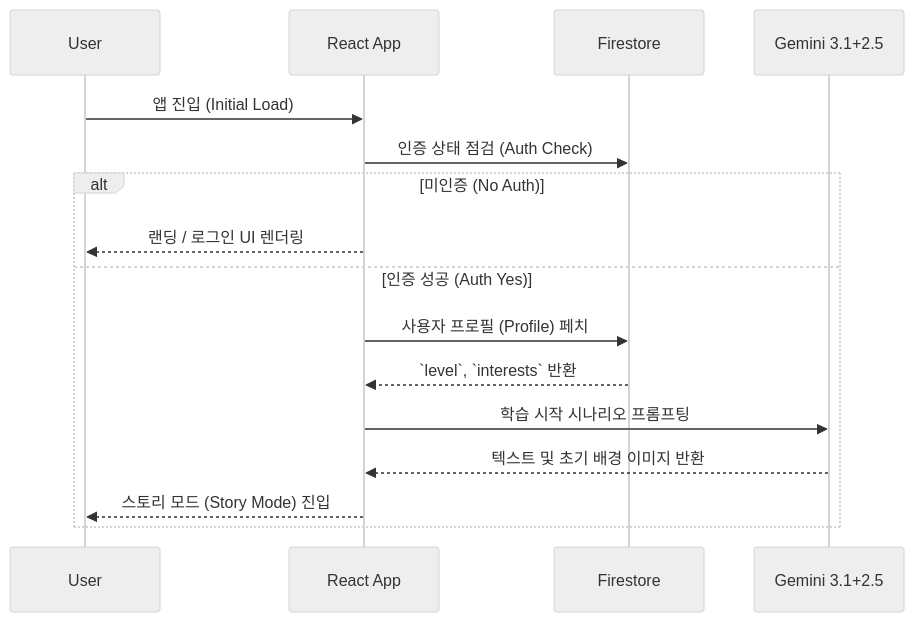
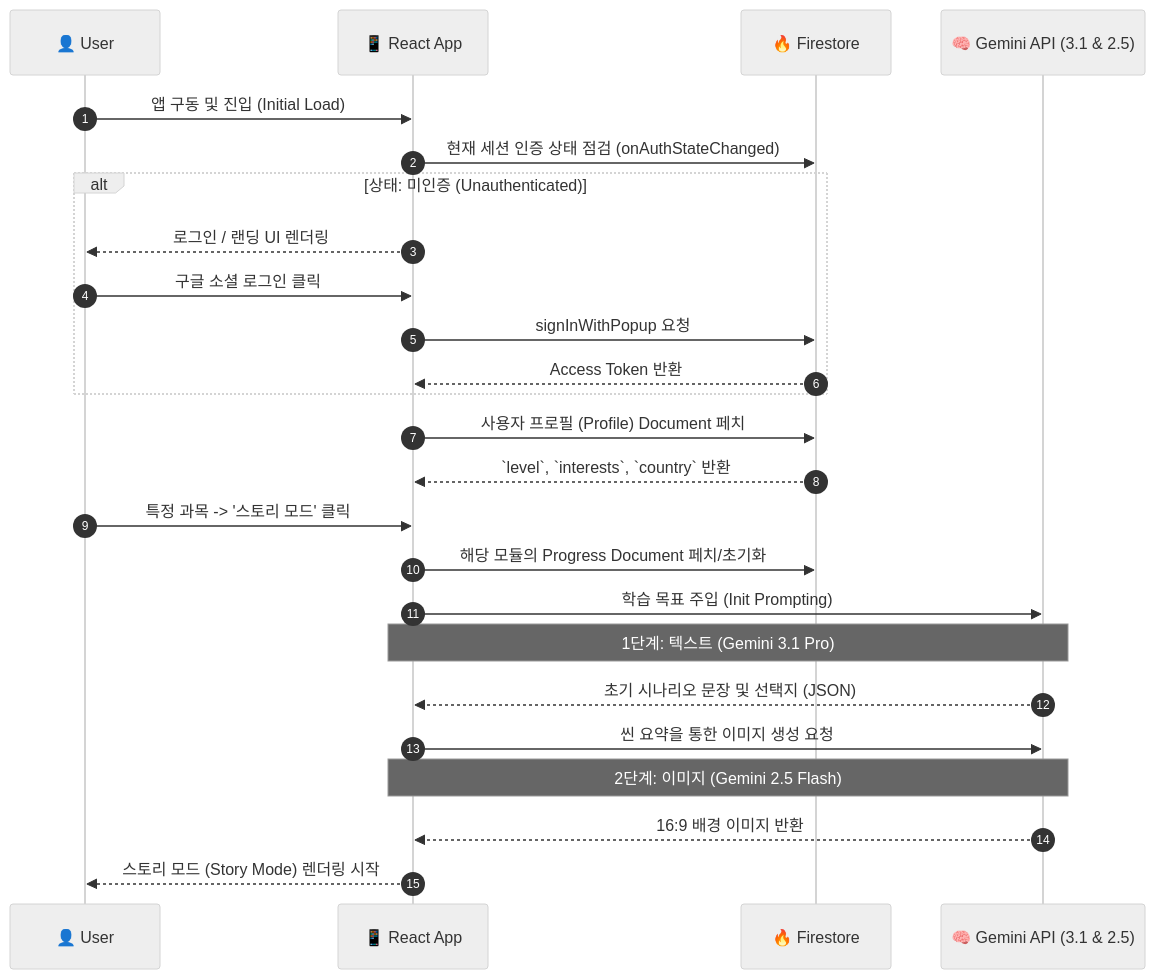
Before and after one commit to ll7098ll/prism: the second of 2 diagrams in docs/03_SYSTEM_ARCHITECTURE.md, drawn with Mermaid (neutral theme). The commit also changed other lines of this file and 12 other files, not shown here.

````diff
--- a/docs/03_SYSTEM_ARCHITECTURE.md
+++ b/docs/03_SYSTEM_ARCHITECTURE.md
@@ -56,19 +61,31 @@
 ```mermaid
 sequenceDiagram
-    participant U as User
-    participant App as React App
-    participant DB as Firestore
-    participant AI as Gemini 3.1+2.5
+    autonumber
+    participant U as 👤 User
+    participant App as 📱 React App
+    participant DB as 🔥 Firestore
+    participant AI as 🧠 Gemini API (3.1 & 2.5)
     
-    U->>App: 앱 진입 (Initial Load)
-    App->>DB: 인증 상태 점검 (Auth Check)
-    alt 미인증 (No Auth)
-        App-->>U: 랜딩 / 로그인 UI 렌더링
-    else 인증 성공 (Auth Yes)
-        App->>DB: 사용자 프로필 (Profile) 페치
-        DB-->>App: `level`, `interests` 반환
-        App->>AI: 학습 시작 시나리오 프롬프팅
-        AI-->>App: 텍스트 및 초기 배경 이미지 반환
-        App-->>U: 스토리 모드 (Story Mode) 진입
+    U->>App: 앱 구동 및 진입 (Initial Load)
+    App->>DB: 현재 세션 인증 상태 점검 (onAuthStateChanged)
+    
+    alt 상태: 미인증 (Unauthenticated)
+        App-->>U: 로그인 / 랜딩 UI 렌더링
+        U->>App: 구글 소셜 로그인 클릭
+        App->>DB: signInWithPopup 요청
+        DB-->>App: Access Token 반환
     end
+    
+    App->>DB: 사용자 프로필 (Profile) Document 페치
+    DB-->>App: `level`, `interests`, `country` 반환
+    
+    U->>App: 특정 과목 -> '스토리 모드' 클릭
+    App->>DB: 해당 모듈의 Progress Document 페치/초기화
+    App->>AI: 학습 목표 주입 (Init Prompting)
+    Note over App,AI: 1단계: 텍스트 (Gemini 3.1 Pro)
+    AI-->>App: 초기 시나리오 문장 및 선택지 (JSON)
+    App->>AI: 씬 요약을 통한 이미지 생성 요청
+    Note over App,AI: 2단계: 이미지 (Gemini 2.5 Flash)
+    AI-->>App: 16:9 배경 이미지 반환
+    App-->>U: 스토리 모드 (Story Mode) 렌더링 시작
 ```
````
